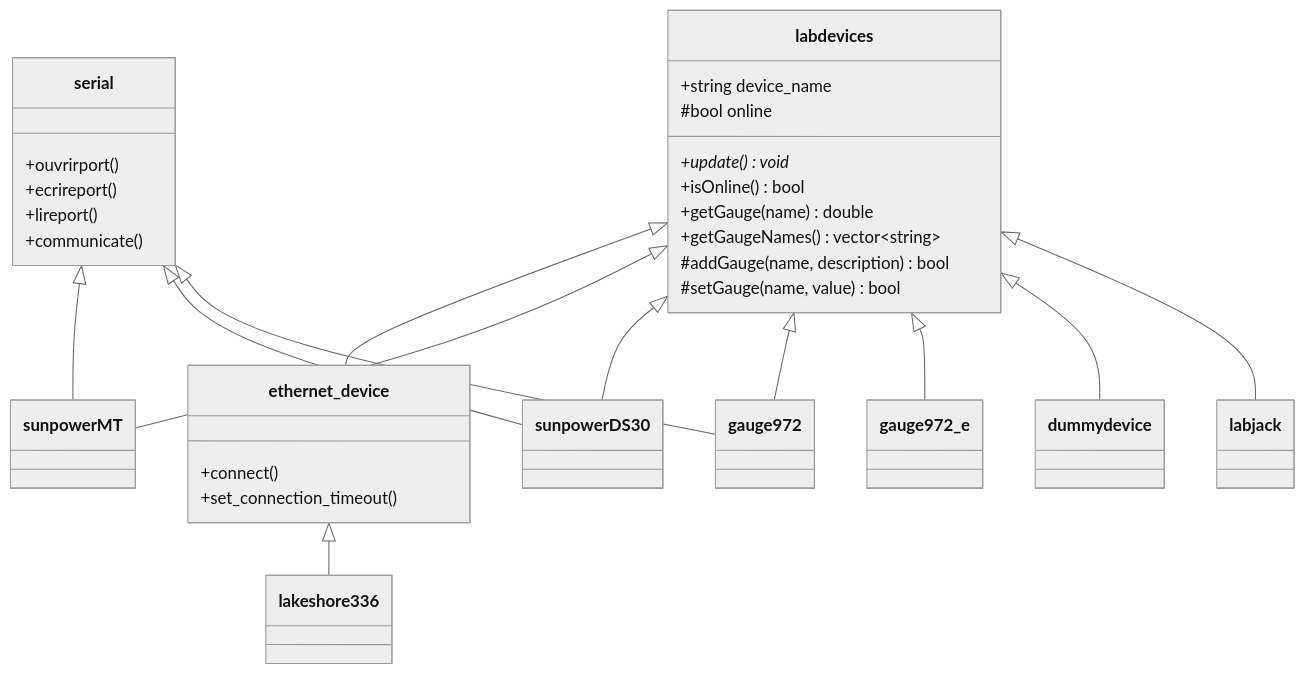
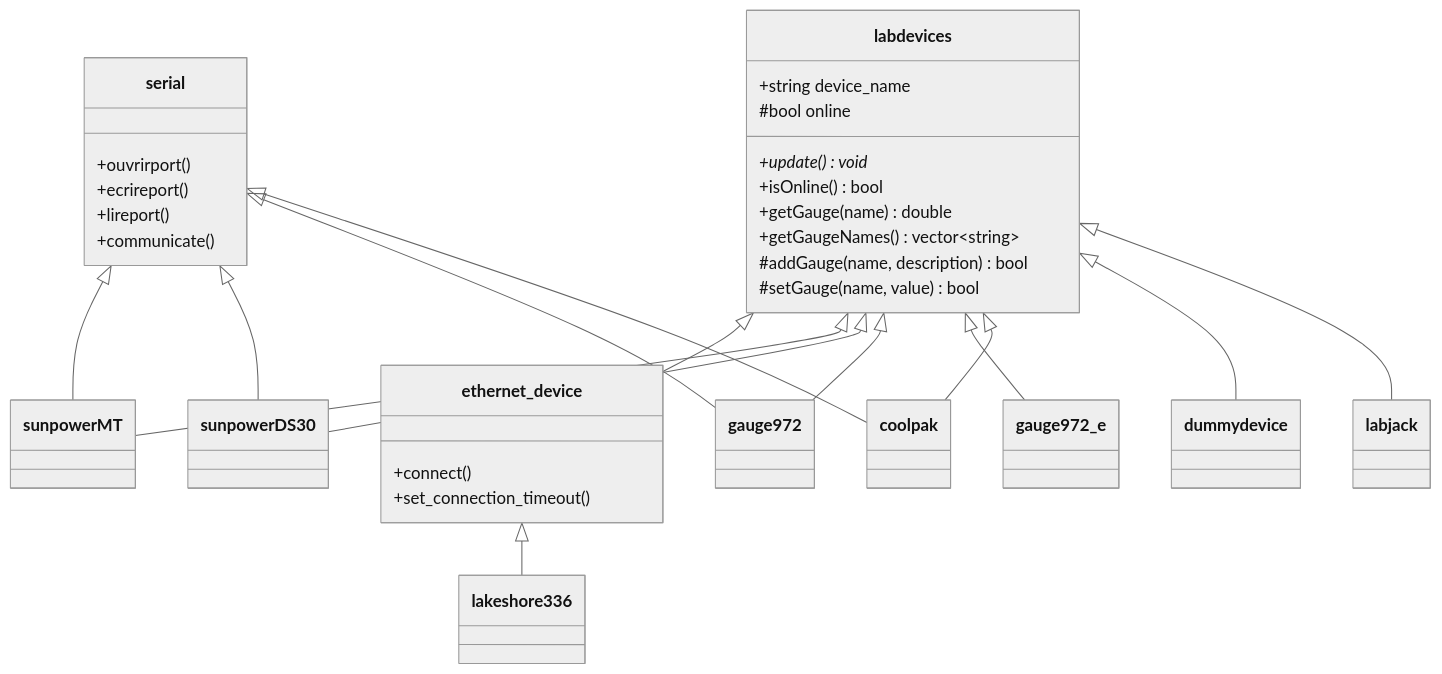
One commit to espressjo/liblabdev changed the second of 3 diagrams in README.md. Above: the diagram before and after it, drawn with Mermaid (neutral theme). The commit also changed other lines of this file and 1 other file, not shown here.

````diff
--- a/README.md
+++ b/README.md
@@ -101,34 +105,36 @@
 ```mermaid
 classDiagram
     class labdevices {
         +string device_name
         +update()* void
         +isOnline() bool
         +getGauge(name) double
         +getGaugeNames() vector~string~
         #addGauge(name, description) bool
         #setGauge(name, value) bool
         #bool online
     }
     class serial {
         +ouvrirport()
         +ecrireport()
         +lireport()
         +communicate()
     }
     class ethernet_device {
         +connect()
         +set_connection_timeout()
     }
     labdevices <|-- ethernet_device
     ethernet_device <|-- lakeshore336
     labdevices <|-- sunpowerMT
     labdevices <|-- sunpowerDS30
     labdevices <|-- gauge972
     serial <|-- sunpowerMT
     serial <|-- sunpowerDS30
     serial <|-- gauge972
     labdevices <|-- gauge972_e
+    labdevices <|-- coolpak
+    serial <|-- coolpak
     labdevices <|-- dummydevice
     labdevices <|-- labjack
 ```
````
